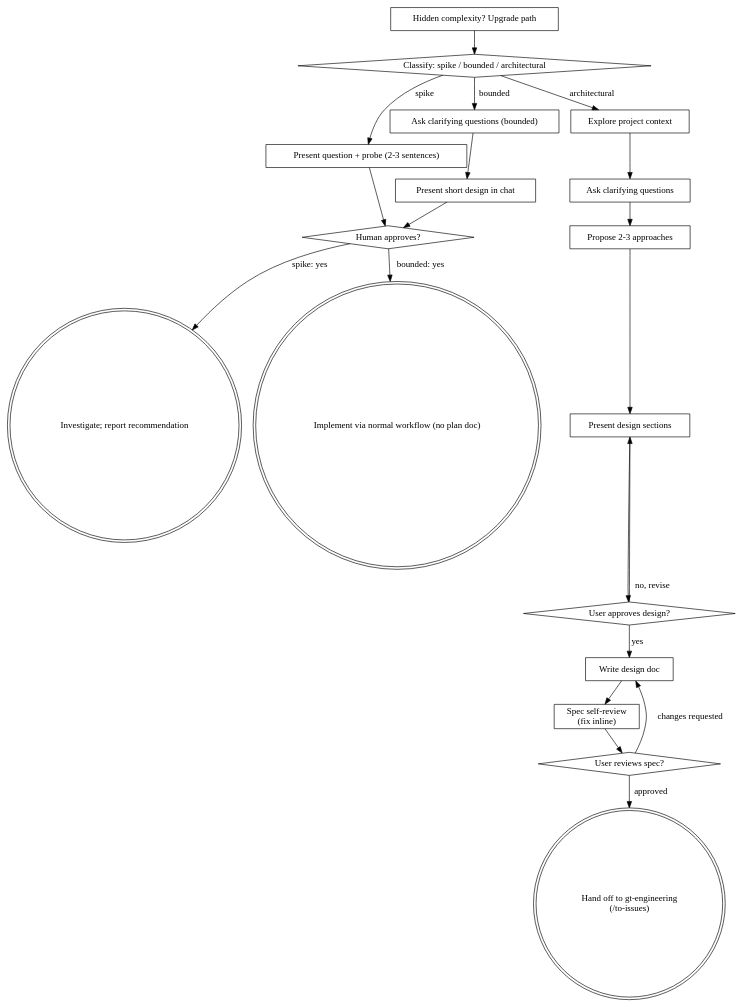
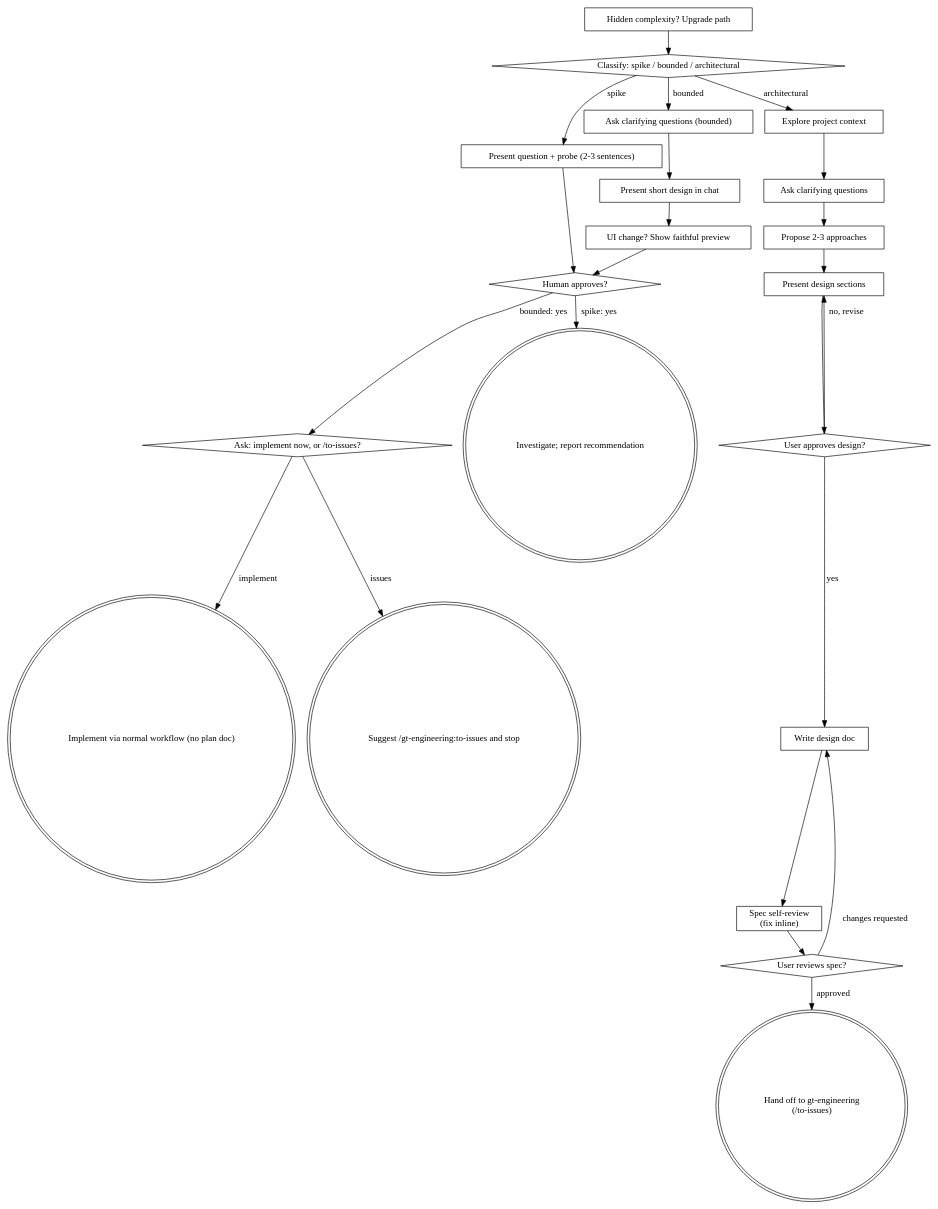
One commit to Graphictreat/gt-plugins changed the diagram in plugins/gt-core/skills/brainstorming/SKILL.md. Above: the diagram before and after it, drawn with Graphviz. The commit also changed other lines of this file and 4 other files, not shown here.

````diff
--- a/plugins/gt-core/skills/brainstorming/SKILL.md
+++ b/plugins/gt-core/skills/brainstorming/SKILL.md
@@ -109,41 +112,47 @@
 ```dot
 digraph brainstorming {
     "Classify: spike / bounded / architectural" [shape=diamond];
     "Present question + probe (2-3 sentences)" [shape=box];
     "Ask clarifying questions (bounded)" [shape=box];
     "Present short design in chat" [shape=box];
+    "UI change? Show faithful preview" [shape=box];
     "Human approves?" [shape=diamond];
+    "Ask: implement now, or /to-issues?" [shape=diamond];
     "Investigate; report recommendation" [shape=doublecircle];
     "Implement via normal workflow (no plan doc)" [shape=doublecircle];
+    "Suggest /gt-engineering:to-issues and stop" [shape=doublecircle];
     "Explore project context" [shape=box];
     "Ask clarifying questions" [shape=box];
     "Propose 2-3 approaches" [shape=box];
     "Present design sections" [shape=box];
     "User approves design?" [shape=diamond];
     "Write design doc" [shape=box];
     "Spec self-review\n(fix inline)" [shape=box];
     "User reviews spec?" [shape=diamond];
     "Hand off to gt-engineering\n(/to-issues)" [shape=doublecircle];
     "Hidden complexity? Upgrade path" [shape=box];
 
     "Classify: spike / bounded / architectural" -> "Present question + probe (2-3 sentences)" [label="spike"];
     "Classify: spike / bounded / architectural" -> "Ask clarifying questions (bounded)" [label="bounded"];
     "Classify: spike / bounded / architectural" -> "Explore project context" [label="architectural"];
     "Present question + probe (2-3 sentences)" -> "Human approves?";
     "Ask clarifying questions (bounded)" -> "Present short design in chat";
-    "Present short design in chat" -> "Human approves?";
+    "Present short design in chat" -> "UI change? Show faithful preview";
+    "UI change? Show faithful preview" -> "Human approves?";
     "Human approves?" -> "Investigate; report recommendation" [label="spike: yes"];
-    "Human approves?" -> "Implement via normal workflow (no plan doc)" [label="bounded: yes"];
+    "Human approves?" -> "Ask: implement now, or /to-issues?" [label="bounded: yes"];
+    "Ask: implement now, or /to-issues?" -> "Implement via normal workflow (no plan doc)" [label="implement"];
+    "Ask: implement now, or /to-issues?" -> "Suggest /gt-engineering:to-issues and stop" [label="issues"];
     "Hidden complexity? Upgrade path" -> "Classify: spike / bounded / architectural";
     "Explore project context" -> "Ask clarifying questions";
     "Ask clarifying questions" -> "Propose 2-3 approaches";
     "Propose 2-3 approaches" -> "Present design sections";
     "Present design sections" -> "User approves design?";
     "User approves design?" -> "Present design sections" [label="no, revise"];
     "User approves design?" -> "Write design doc" [label="yes"];
     "Write design doc" -> "Spec self-review\n(fix inline)";
     "Spec self-review\n(fix inline)" -> "User reviews spec?";
     "User reviews spec?" -> "Write design doc" [label="changes requested"];
     "User reviews spec?" -> "Hand off to gt-engineering\n(/to-issues)" [label="approved"];
 }
 ```
````
